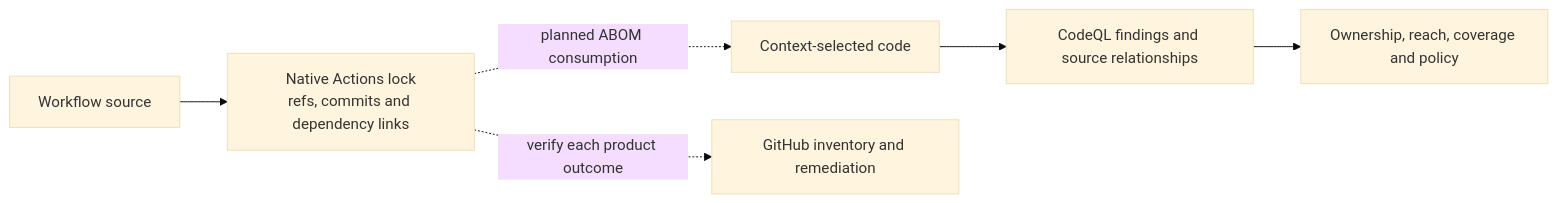
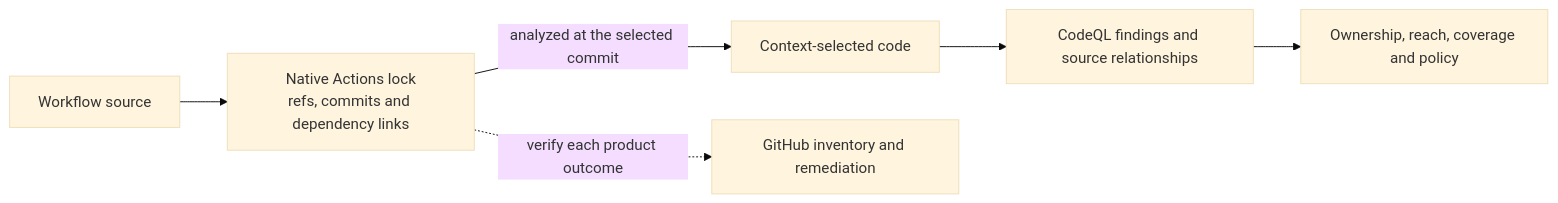
The diagram in docs/abom-value-proposition.md (advanced-security/codeql-abom), drawn with Mermaid (base theme) before and after one commit. The commit also changed other lines of this file and 115 other files, not shown here.

````diff
--- a/docs/abom-value-proposition.md
+++ b/docs/abom-value-proposition.md
@@ -14,8 +16,8 @@
 ```mermaid
 flowchart LR
   WF["Workflow source"] --> LOCK["Native Actions lock<br/>refs, commits and dependency links"]
-  LOCK -. "planned ABOM consumption" .-> SELECT["Context-selected code"]
+  LOCK -->|"analyzed at the selected commit"| SELECT["Context-selected code"]
   SELECT --> QL["CodeQL findings and source relationships"]
   QL --> ORG["Ownership, reach, coverage and policy"]
   LOCK -. "verify each product outcome" .-> GH["GitHub inventory and remediation"]
 ```
````
